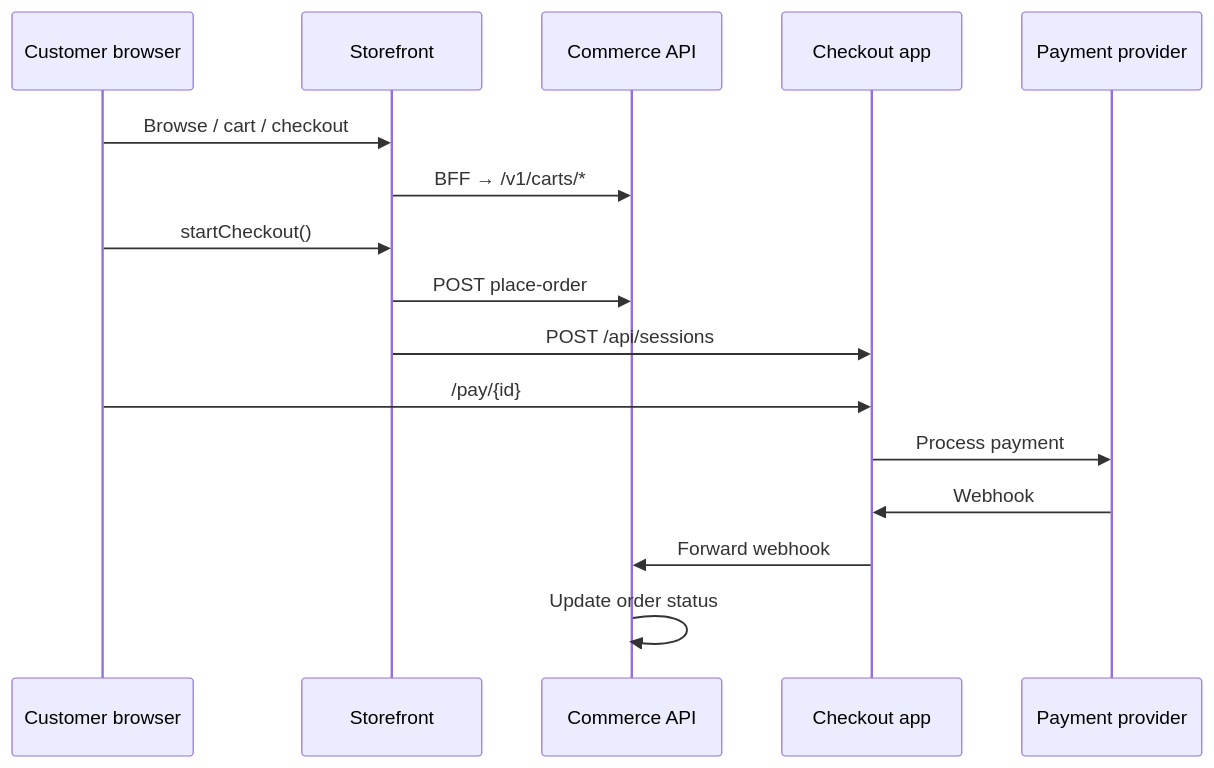
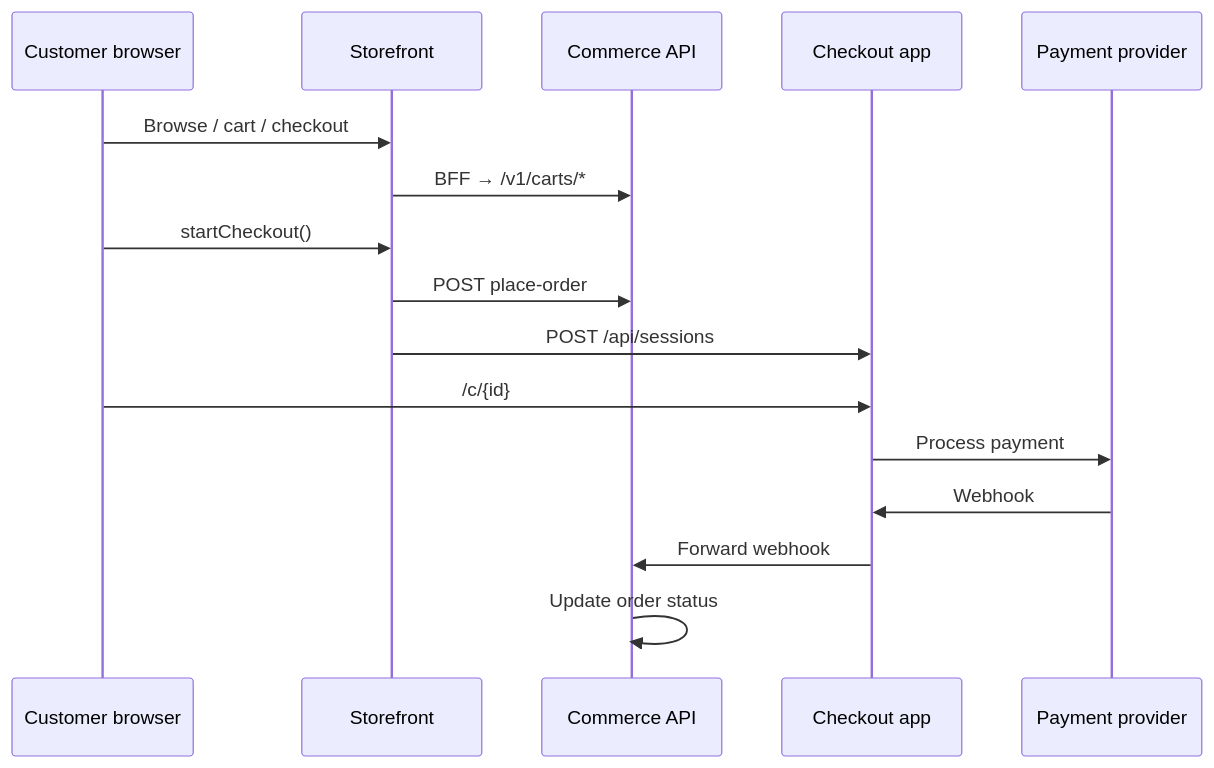
The diagram in apps/docs/content/docs/getting-started/quick-start.mdx (rodrigobarona/commerce.js-nextjs-clone), drawn with Mermaid before and after one commit. The commit also changed other lines of this file and 98 other files, not shown here.

````diff
--- a/apps/docs/content/docs/getting-started/quick-start.mdx
+++ b/apps/docs/content/docs/getting-started/quick-start.mdx
@@ -74,19 +74,19 @@
 ```mermaid
 sequenceDiagram
   participant C as Customer browser
   participant SF as Storefront
   participant API as Commerce API
   participant CHK as Checkout app
   participant PP as Payment provider
 
   C->>SF: Browse / cart / checkout
   SF->>API: BFF → /v1/carts/*
   C->>SF: startCheckout()
   SF->>API: POST place-order
   SF->>CHK: POST /api/sessions
-  C->>CHK: /pay/{id}
+  C->>CHK: /c/{id}
   CHK->>PP: Process payment
   PP->>CHK: Webhook
   CHK->>API: Forward webhook
   API->>API: Update order status
 ```
````
